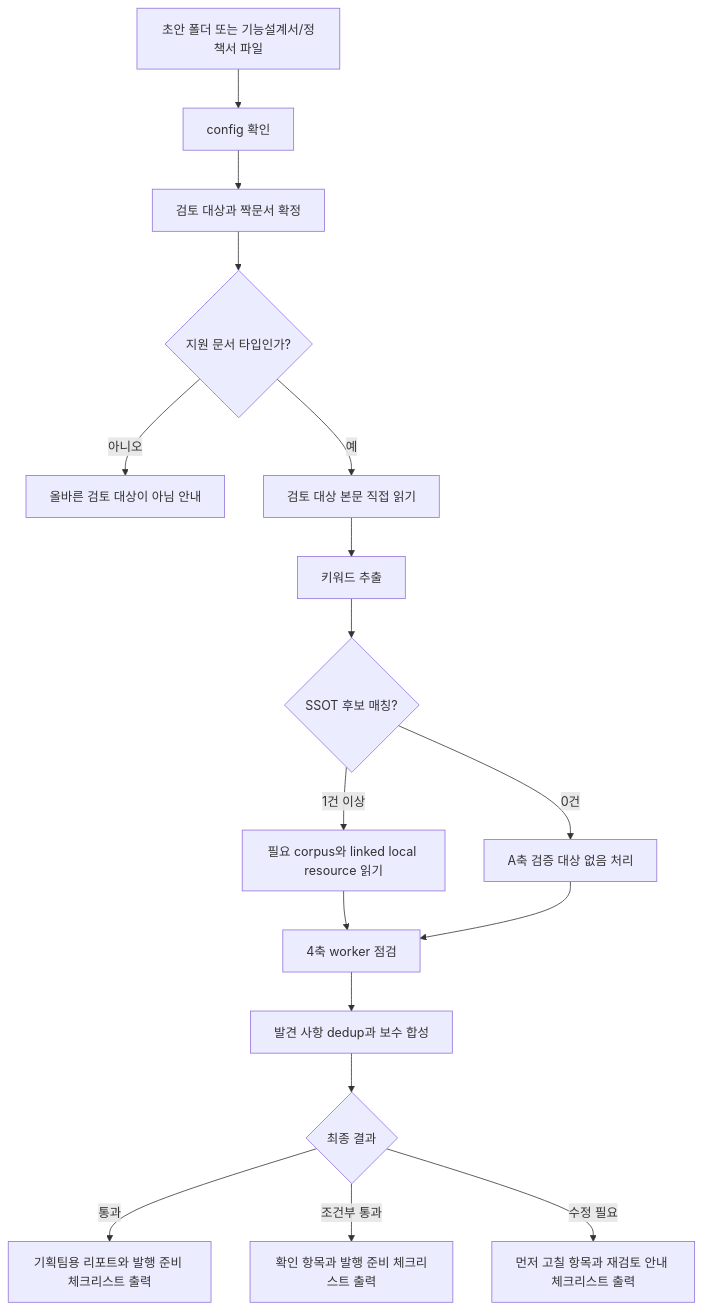
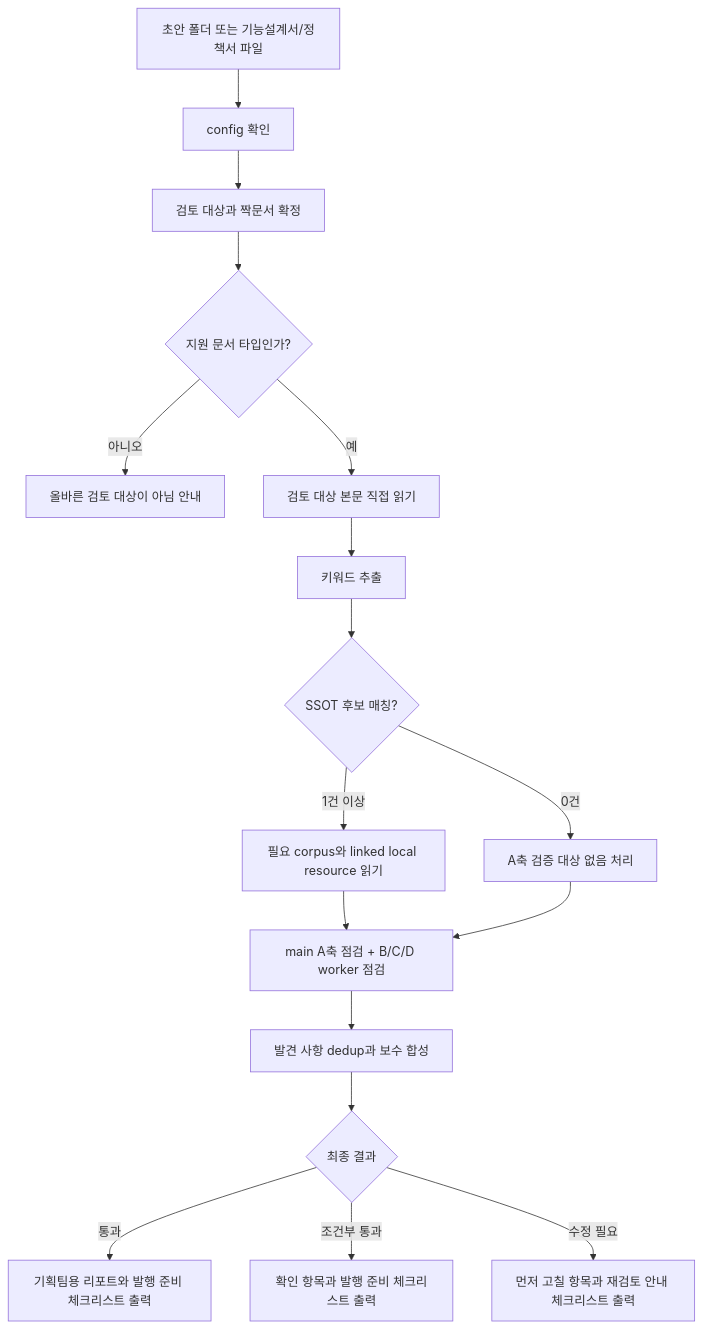
One commit to inkwonjung-colosseum/plugins changed the fourth of 5 diagrams in product-team-kit/docs/skills-workflow.md. Above: the diagram before and after it, drawn with Mermaid. The commit also changed other lines of this file and 16 other files, not shown here.

````diff
--- a/product-team-kit/docs/skills-workflow.md
+++ b/product-team-kit/docs/skills-workflow.md
@@ -168,19 +168,19 @@
 ```mermaid
 flowchart TD
     A[초안 폴더 또는 기능설계서/정책서 파일] --> B[config 확인]
     B --> C[검토 대상과 짝문서 확정]
     C --> D{지원 문서 타입인가?}
     D -- 아니오 --> E[올바른 검토 대상이 아님 안내]
     D -- 예 --> F[검토 대상 본문 직접 읽기]
     F --> G[키워드 추출]
     G --> H{SSOT 후보 매칭?}
     H -- 1건 이상 --> I[필요 corpus와 linked local resource 읽기]
     H -- 0건 --> I0[A축 검증 대상 없음 처리]
-    I --> J[4축 worker 점검]
+    I --> J[main A축 점검 + B/C/D worker 점검]
     I0 --> J
     J --> K[발견 사항 dedup과 보수 합성]
     K --> L{최종 결과}
     L -- 통과 --> M[기획팀용 리포트와 발행 준비 체크리스트 출력]
     L -- 조건부 통과 --> N[확인 항목과 발행 준비 체크리스트 출력]
     L -- 수정 필요 --> O[먼저 고칠 항목과 재검토 안내 체크리스트 출력]
 ```
````
